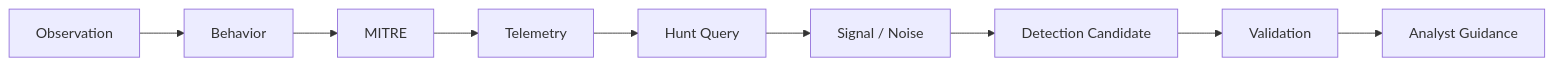
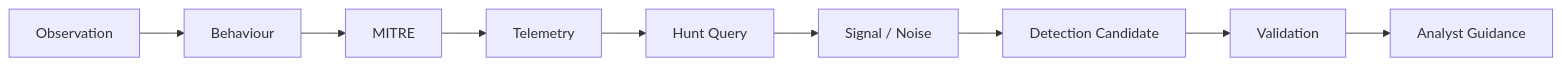
The second of 2 diagrams in content/part-6/hunter-to-detection.md (rjohnsen/threathunting-book), drawn with Mermaid before and after one commit. The commit also changed other lines of this file and 39 other files, not shown here.

````diff
--- a/content/part-6/hunter-to-detection.md
+++ b/content/part-6/hunter-to-detection.md
@@ -538,11 +538,11 @@
 ```mermaid
 flowchart LR
-    A[Observation] --> B[Behavior]
+    A[Observation] --> B[Behaviour]
     B --> C[MITRE]
     C --> D[Telemetry]
     D --> E[Hunt Query]
     E --> F[Signal / Noise]
     F --> G[Detection Candidate]
     G --> H[Validation]
     H --> I[Analyst Guidance]
 ```
````
